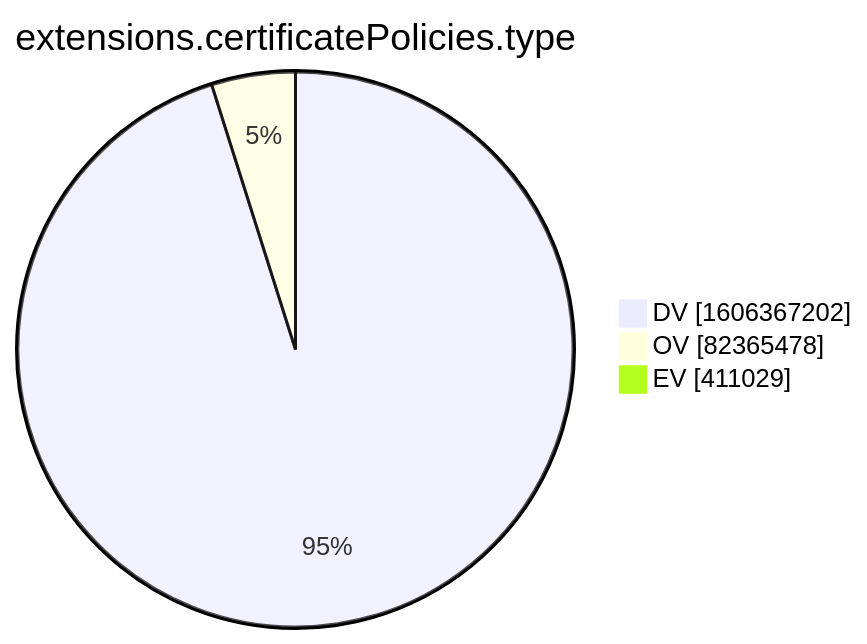
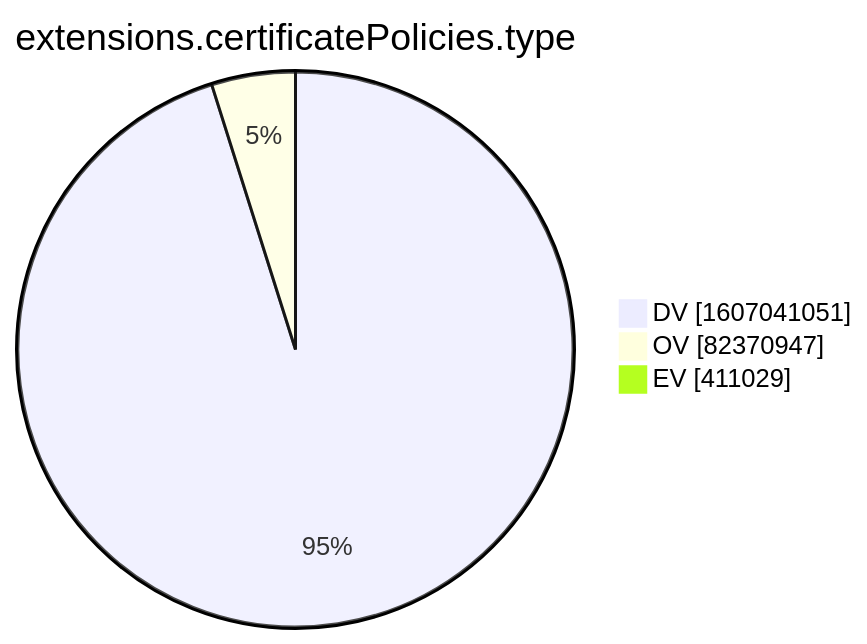
Before and after one commit to christiankrug/ctmonitor_visualization: the tenth of 15 diagrams in xenon2022/README.md, drawn with Mermaid. The commit also changed other lines of this file, not shown here.

````diff
--- a/xenon2022/README.md
+++ b/xenon2022/README.md
@@ -2878,7 +2878,7 @@
 ```mermaid
 pie showData
 title extensions.certificatePolicies.type
-"DV" :1606367202
-"OV" :82365478
+"DV" :1607041051
+"OV" :82370947
 "EV" :411029
 ```
````
